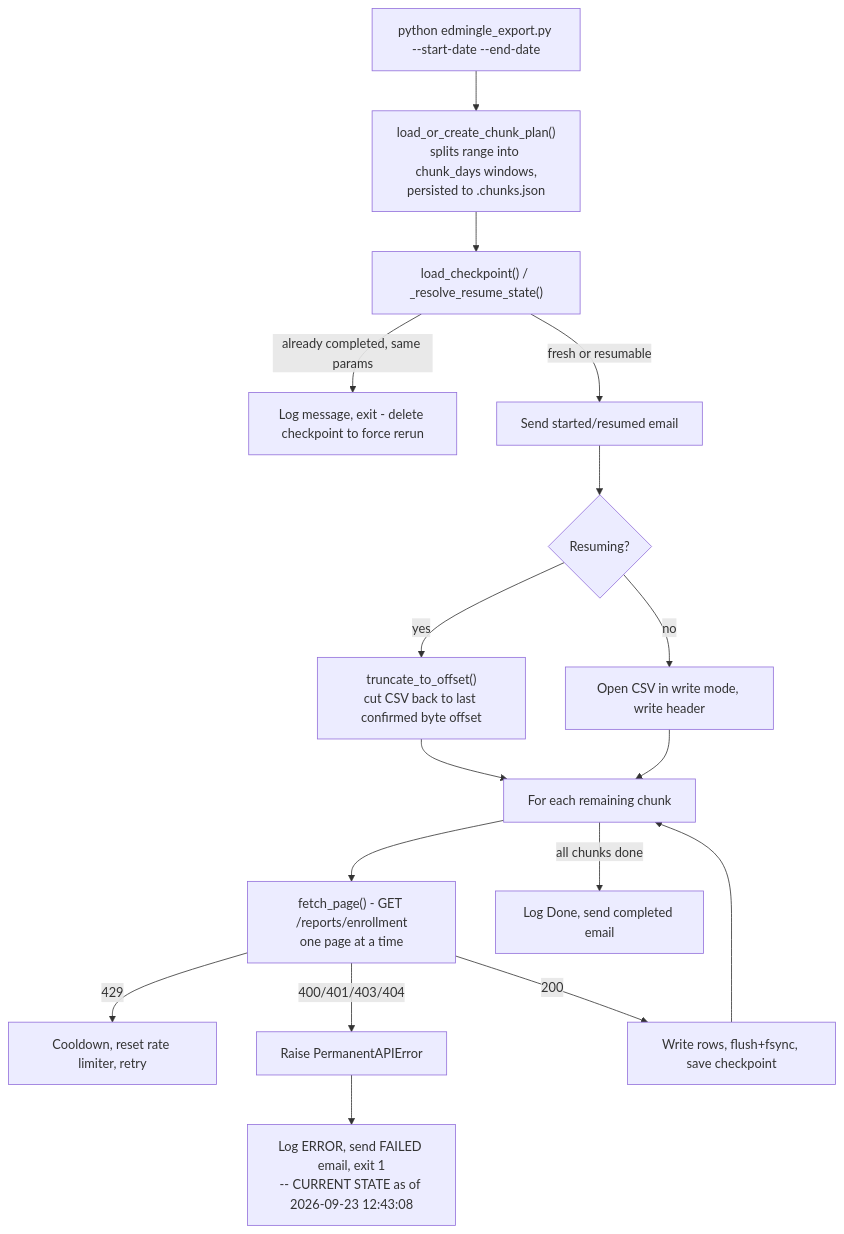
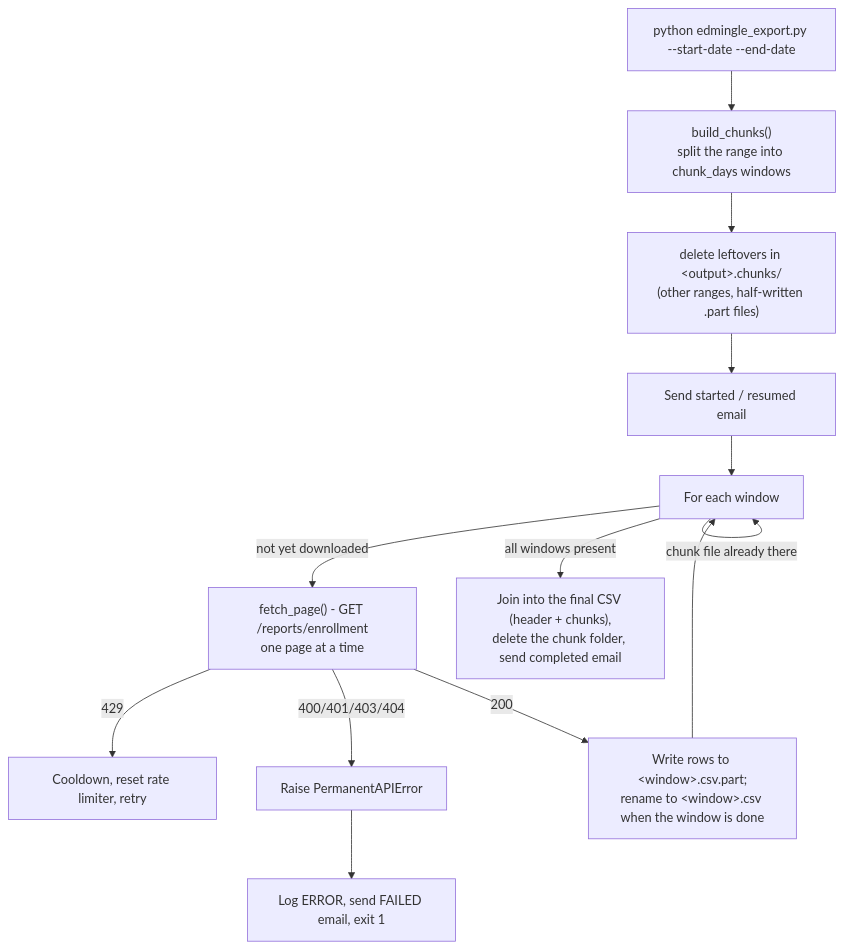
The diagram in enrollments_reports/ENROLLMENTS_REPORTS.md (shubhamvyoma-oss/ela_datasets), drawn with Mermaid before and after one commit. The commit also changed other lines of this file and 5 other files, not shown here.

First line of the commit message:
enrollments_reports: download one file per 30-day chunk instead of byte-offset checkpointing

````diff
--- a/enrollments_reports/ENROLLMENTS_REPORTS.md
+++ b/enrollments_reports/ENROLLMENTS_REPORTS.md
@@ -13,19 +13,15 @@
 ```mermaid
 flowchart TD
-    A["python edmingle_export.py --start-date --end-date"] --> B["load_or_create_chunk_plan()<br/>splits range into chunk_days windows,<br/>persisted to .chunks.json"]
-    B --> C["load_checkpoint() / _resolve_resume_state()"]
-    C -->|already completed, same params| Z1[Log message, exit - delete checkpoint to force rerun]
-    C -->|fresh or resumable| D[Send started/resumed email]
-    D --> E{Resuming?}
-    E -->|yes| F["truncate_to_offset()<br/>cut CSV back to last confirmed byte offset"]
-    E -->|no| G[Open CSV in write mode, write header]
-    F --> H[For each remaining chunk]
-    G --> H
-    H --> I["fetch_page() - GET /reports/enrollment<br/>one page at a time"]
+    A["python edmingle_export.py --start-date --end-date"] --> B["build_chunks()<br/>split the range into chunk_days windows"]
+    B --> C["delete leftovers in &lt;output&gt;.chunks/<br/>(other ranges, half-written .part files)"]
+    C --> D[Send started / resumed email]
+    D --> E[For each window]
+    E -->|chunk file already there| E
+    E -->|not yet downloaded| I["fetch_page() - GET /reports/enrollment<br/>one page at a time"]
     I -->|429| J[Cooldown, reset rate limiter, retry]
     I -->|400/401/403/404| K[Raise PermanentAPIError]
-    I -->|200| L[Write rows, flush+fsync, save checkpoint]
-    L --> H
-    K --> M["Log ERROR, send FAILED email, exit 1<br/>-- CURRENT STATE as of 2026-09-23 12:43:08"]
-    H -->|all chunks done| N[Log Done, send completed email]
+    I -->|200| L["Write rows to &lt;window&gt;.csv.part;<br/>rename to &lt;window&gt;.csv when the window is done"]
+    L --> E
+    K --> M["Log ERROR, send FAILED email, exit 1"]
+    E -->|all windows present| N["Join into the final CSV (header + chunks),<br/>delete the chunk folder, send completed email"]
 ```
````
